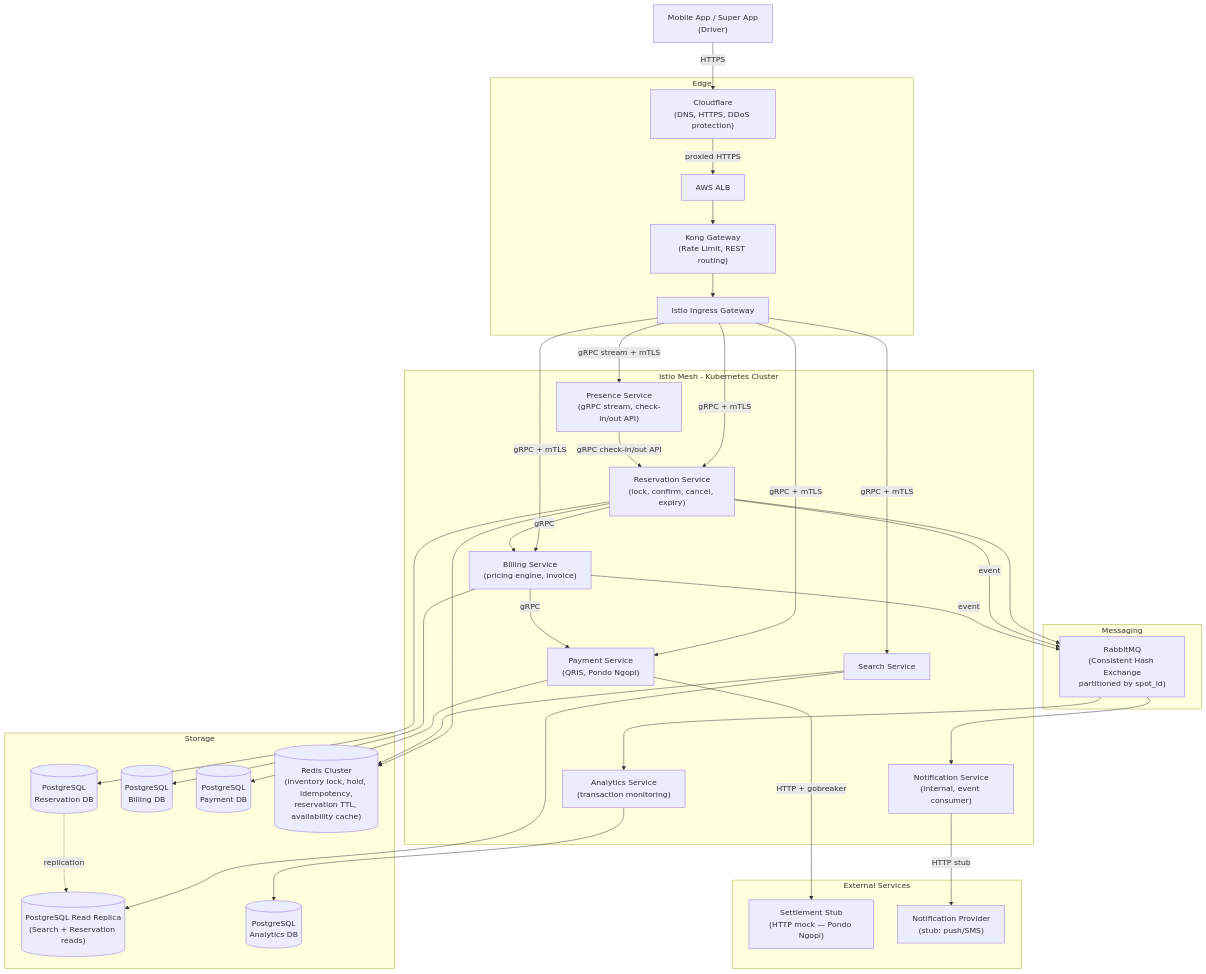
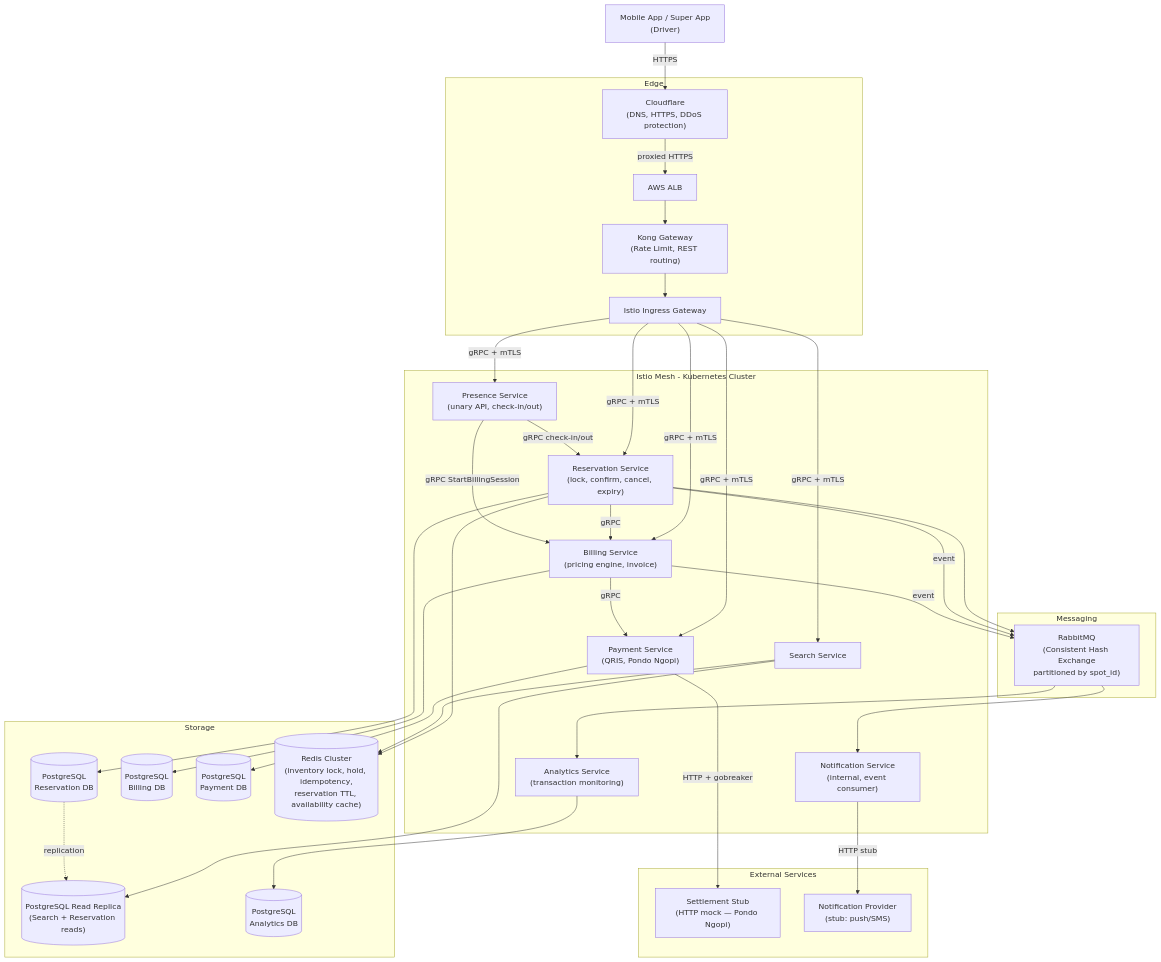
The fifth of 23 diagrams in README.md (ParkirPintar/parkir-pintar-backend), drawn with Mermaid before and after one commit. The commit also changed other lines of this file and 28 other files, not shown here.

First line of the commit message:
feat(services): integrate billing with presence and refactor location tracking

````diff
--- a/README.md
+++ b/README.md
@@ -260,72 +263,73 @@
 ```mermaid
 graph TD
     Client["Mobile App / Super App\n(Driver)"]
 
     subgraph Edge
         CF["Cloudflare\n(DNS, HTTPS, DDoS protection)"]
         ALB["AWS ALB"]
         KONG["Kong Gateway\n(Rate Limit, REST routing)"]
         IGW["Istio Ingress Gateway"]
     end
 
     subgraph Istio Mesh - Kubernetes Cluster
         SVC_SEARCH["Search Service"]
         SVC_RESERVATION["Reservation Service\n(lock, confirm, cancel, expiry)"]
         SVC_BILLING["Billing Service\n(pricing engine, invoice)"]
         SVC_PAYMENT["Payment Service\n(QRIS, Pondo Ngopi)"]
-        SVC_PRESENCE["Presence Service\n(gRPC stream, check-in/out API)"]
+        SVC_PRESENCE["Presence Service\n(unary API, check-in/out)"]
         SVC_NOTIF["Notification Service\n(internal, event consumer)"]
         SVC_ANALYTICS["Analytics Service\n(transaction monitoring)"]
     end
 
     subgraph External Services
         EXT_SETTLEMENT["Settlement Stub\n(HTTP mock — Pondo Ngopi)"]
         EXT_NOTIF["Notification Provider\n(stub: push/SMS)"]
     end
 
     subgraph Storage
         PG_RESERVATION[("PostgreSQL\nReservation DB")]
         PG_BILLING[("PostgreSQL\nBilling DB")]
         PG_PAYMENT[("PostgreSQL\nPayment DB")]
         PG_REPLICA[("PostgreSQL Read Replica\n(Search + Reservation reads)")]
         REDIS[("Redis Cluster\n(inventory lock, hold, idempotency,\nreservation TTL, availability cache)")]
         PG_ANALYTICS[("PostgreSQL\nAnalytics DB")]
     end
 
     subgraph Messaging
         RMQ["RabbitMQ\n(Consistent Hash Exchange\npartitioned by spot_id)"]
     end
 
     Client -->|HTTPS| CF
     CF -->|proxied HTTPS| ALB
     ALB --> KONG
     KONG --> IGW
     IGW -->|gRPC + mTLS| SVC_SEARCH
     IGW -->|gRPC + mTLS| SVC_RESERVATION
     IGW -->|gRPC + mTLS| SVC_BILLING
     IGW -->|gRPC + mTLS| SVC_PAYMENT
-    IGW -->|gRPC stream + mTLS| SVC_PRESENCE
+    IGW -->|gRPC + mTLS| SVC_PRESENCE
 
     SVC_RESERVATION -->|gRPC| SVC_BILLING
     SVC_BILLING -->|gRPC| SVC_PAYMENT
-    SVC_PRESENCE -->|gRPC check-in/out API| SVC_RESERVATION
+    SVC_PRESENCE -->|gRPC check-in/out| SVC_RESERVATION
+    SVC_PRESENCE -->|gRPC StartBillingSession| SVC_BILLING
 
     SVC_RESERVATION --> REDIS
     SVC_RESERVATION --> PG_RESERVATION
     SVC_RESERVATION --> RMQ
     SVC_BILLING --> PG_BILLING
     SVC_PAYMENT --> PG_PAYMENT
     SVC_SEARCH --> PG_REPLICA
     SVC_SEARCH --> REDIS
 
     SVC_RESERVATION -->|event| RMQ
     SVC_BILLING -->|event| RMQ
     RMQ --> SVC_NOTIF
 
     SVC_PAYMENT -->|HTTP + gobreaker| EXT_SETTLEMENT
     SVC_NOTIF -->|HTTP stub| EXT_NOTIF
     RMQ --> SVC_ANALYTICS
     SVC_ANALYTICS --> PG_ANALYTICS
 
     PG_RESERVATION -.->|replication| PG_REPLICA
 ```
````
